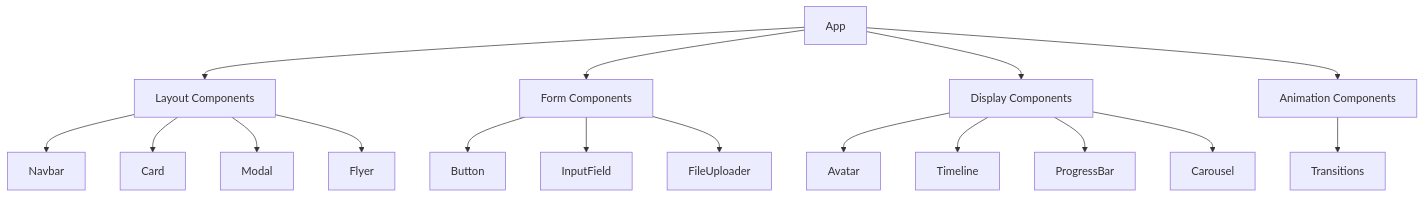
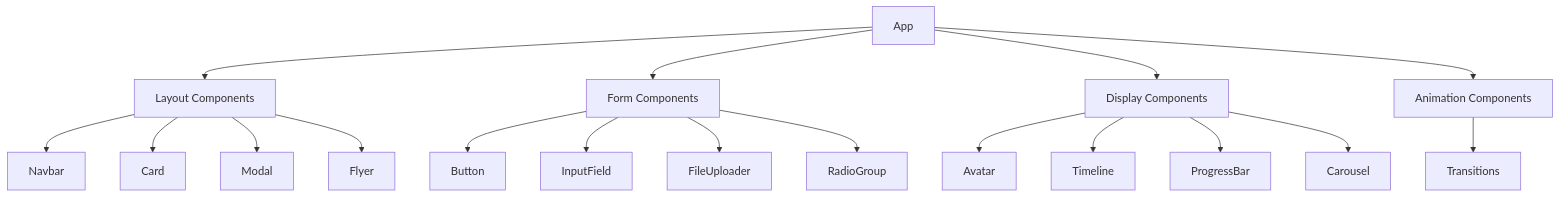
The diagram in memory-bank/systemPatterns.md (AmreetKumarkhuntia/project-vernix), drawn with Mermaid before and after one commit. The commit also changed other lines of this file and 10 other files, not shown here.

````diff
--- a/memory-bank/systemPatterns.md
+++ b/memory-bank/systemPatterns.md
@@ -12,23 +12,24 @@
 ```mermaid
 flowchart TD
     App --> Layout[Layout Components]
     App --> Form[Form Components]
     App --> Display[Display Components]
     App --> Animation[Animation Components]
 
     Layout --> Navbar
     Layout --> Card
     Layout --> Modal
     Layout --> Flyer
 
     Form --> Button
     Form --> InputField
     Form --> FileUploader
+    Form --> RadioGroup
 
     Display --> Avatar
     Display --> Timeline
     Display --> ProgressBar
     Display --> Carousel
 
     Animation --> Transitions
 ```
````
